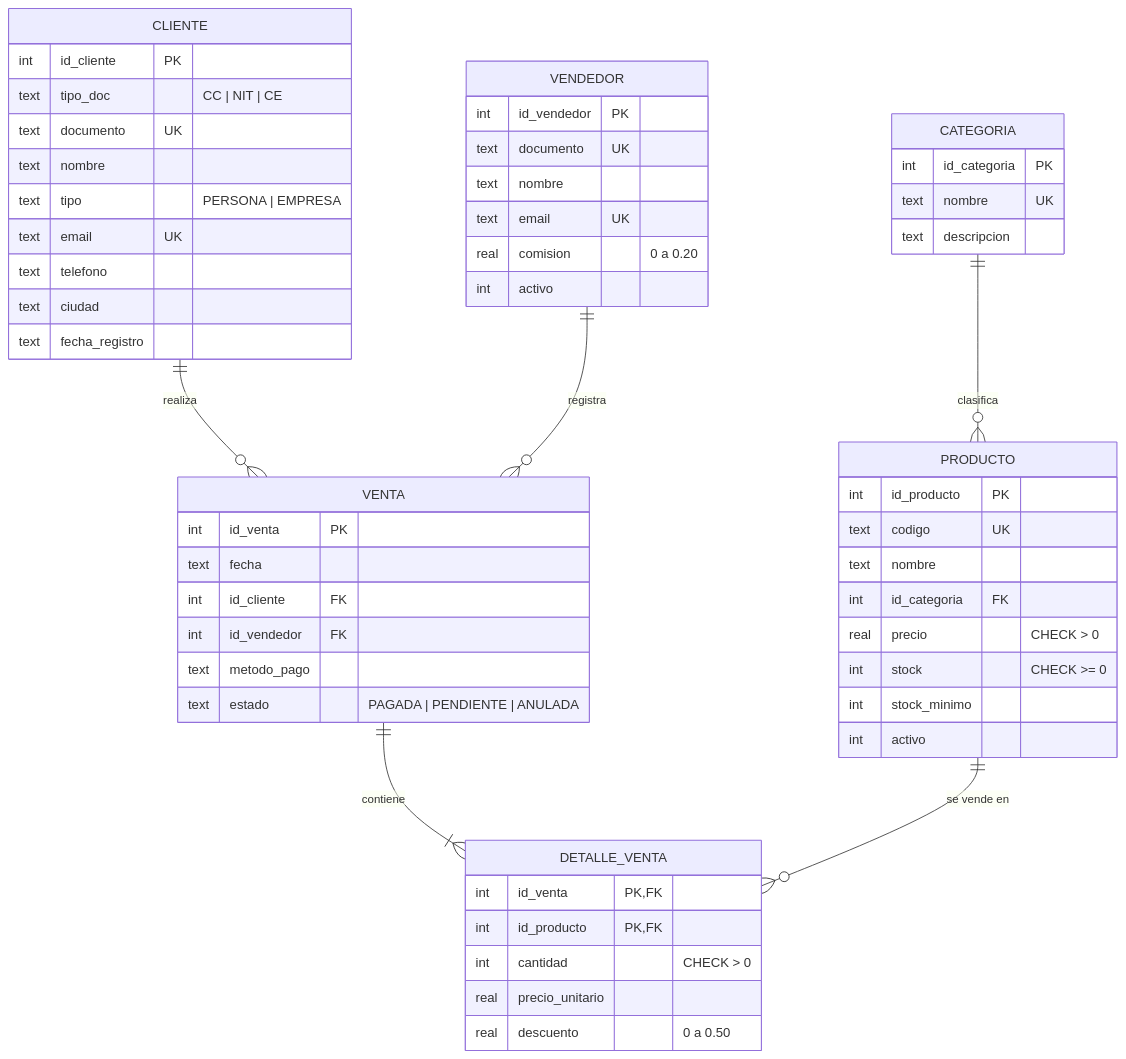
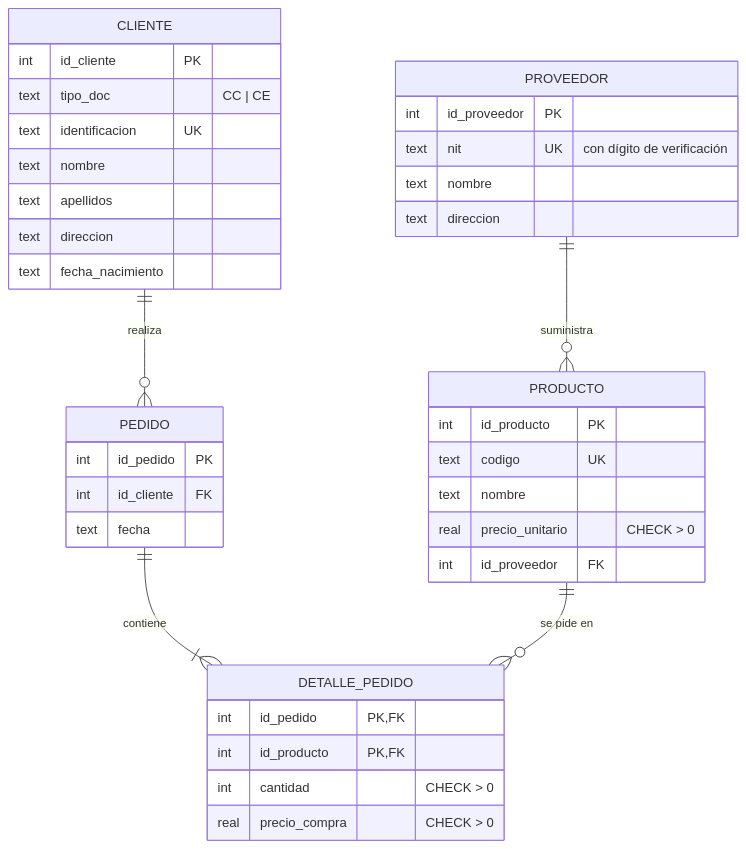
The diagram in README.md (dev-boolean/kstore-ventas), drawn with Mermaid before and after one commit. The commit also changed other lines of this file and 25 other files, not shown here.

````diff
--- a/README.md
+++ b/README.md
@@ -31,58 +24,41 @@
 ```mermaid
 erDiagram
-    CATEGORIA ||--o{ PRODUCTO : clasifica
-    CLIENTE   ||--o{ VENTA    : realiza
-    VENDEDOR  ||--o{ VENTA    : registra
-    VENTA     ||--|{ DETALLE_VENTA : contiene
-    PRODUCTO  ||--o{ DETALLE_VENTA : "se vende en"
+    PROVEEDOR ||--o{ PRODUCTO       : suministra
+    CLIENTE   ||--o{ PEDIDO         : realiza
+    PEDIDO    ||--|{ DETALLE_PEDIDO : contiene
+    PRODUCTO  ||--o{ DETALLE_PEDIDO : "se pide en"
 
-    CATEGORIA {
-        int id_categoria PK
-        text nombre UK
-        text descripcion
+    PROVEEDOR {
+        int  id_proveedor PK
+        text nit UK "con dígito de verificación"
+        text nombre
+        text direccion
+    }
+    CLIENTE {
+        int  id_cliente PK
+        text tipo_doc "CC | CE"
+        text identificacion UK
+        text nombre
+        text apellidos
+        text direccion
+        text fecha_nacimiento
     }
     PRODUCTO {
-        int id_producto PK
+        int  id_producto PK
         text codigo UK
         text nombre
-        int id_categoria FK
-        real precio "CHECK > 0"
-        int stock "CHECK >= 0"
-        int stock_minimo
-        int activo
+        real precio_unitario "CHECK > 0"
+        int  id_proveedor FK
     }
-    CLIENTE {
-        int id_cliente PK
-        text tipo_doc "CC | NIT | CE"
-        text documento UK
-        text nombre
-        text tipo "PERSONA | EMPRESA"
-        text email UK
-        text telefono
-        text ciudad
-        text fecha_registro
+    PEDIDO {
+        int  id_pedido PK
+        int  id_cliente FK
+        text fecha
     }
-    VENDEDOR {
-        int id_vendedor PK
-        text documento UK
-        text nombre
-        text email UK
-        real comision "0 a 0.20"
-        int activo
-    }
-    VENTA {
-        int id_venta PK
-        text fecha
-        int id_cliente FK
-        int id_vendedor FK
-        text metodo_pago
-        text estado "PAGADA | PENDIENTE | ANULADA"
-    }
-    DETALLE_VENTA {
-        int id_venta PK, FK
-        int id_producto PK, FK
-        int cantidad "CHECK > 0"
-        real precio_unitario
-        real descuento "0 a 0.50"
+    DETALLE_PEDIDO {
+        int  id_pedido PK, FK
+        int  id_producto PK, FK
+        int  cantidad "CHECK > 0"
+        real precio_compra "CHECK > 0"
     }
 ```
````
